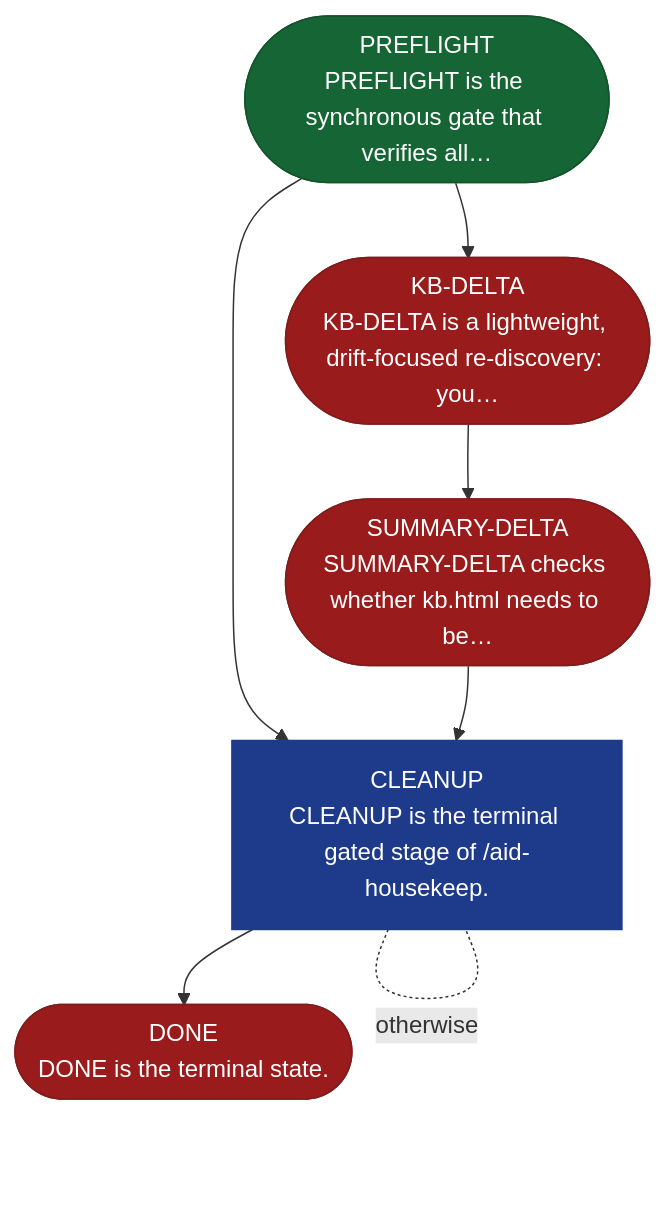
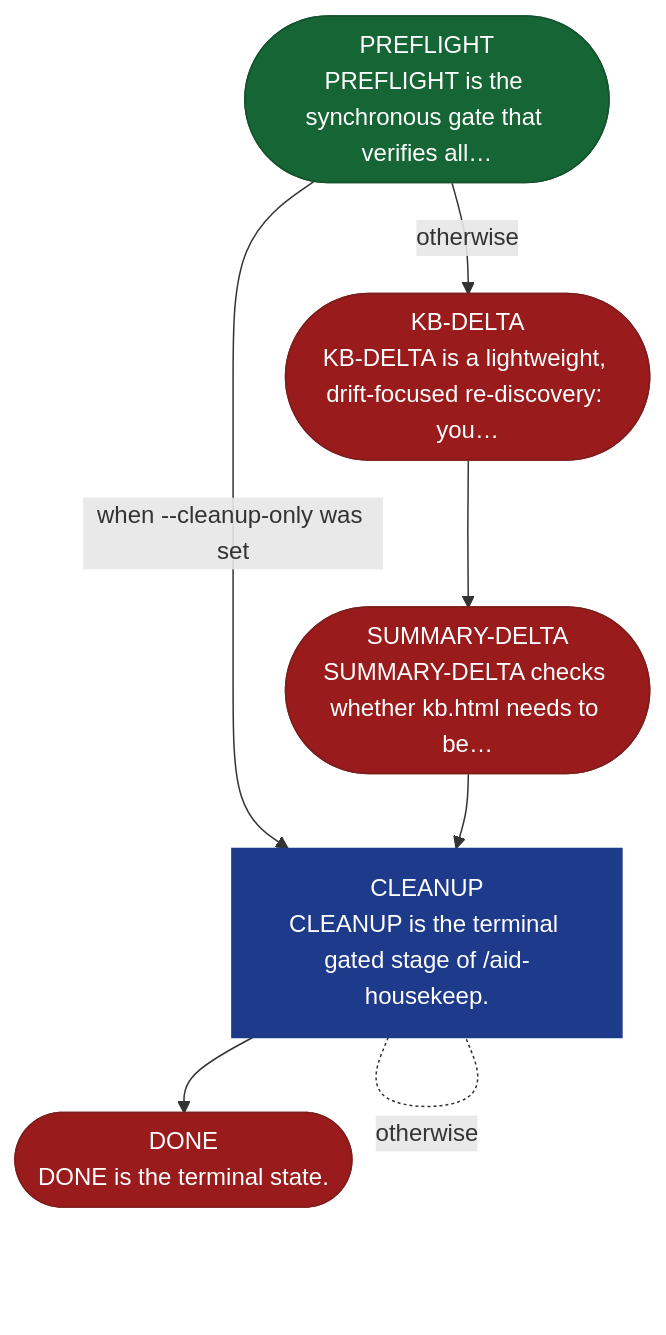
One commit to AndreVianna/aid-methodology changed the diagram in site/src/content/docs/skills/aid-housekeep.md. Above: the diagram before and after it, drawn with Mermaid. The commit also changed other lines of this file and 251 other files, not shown here.

````diff
--- a/site/src/content/docs/skills/aid-housekeep.md
+++ b/site/src/content/docs/skills/aid-housekeep.md
@@ -20,30 +20,30 @@
 ```mermaid
 flowchart TB
   classDef aidNode color:#fff
   classDef aidEntry fill:#166534,stroke:#14532d,color:#fff
   classDef aidExit fill:#991b1b,stroke:#7f1d1d,color:#fff
   classDef aidDecision fill:#92400e,stroke:#78350f,color:#fff
   classDef aidLoopBack fill:#1e3a8a,stroke:#1e3a8a,color:#fff
   classDef aidStep fill:#1a2035,stroke:#d4a853,color:#f1f5f9
   n1(["PREFLIGHT<br/>PREFLIGHT is the synchronous gate that verifies all…"])
   n2(["KB-DELTA<br/>KB-DELTA is a lightweight, drift-focused re-discovery: you…"])
   n3(["SUMMARY-DELTA<br/>SUMMARY-DELTA checks whether kb.html needs to be…"])
   n4["CLEANUP<br/>CLEANUP is the terminal gated stage of /aid-housekeep."]
   n5(["DONE<br/>DONE is the terminal state."])
-  n1 --> n2
-  n1 --> n4
+  n1 -->|"otherwise"| n2
+  n1 -->|"when --cleanup-only was set"| n4
   n2 --> n3
   n3 --> n4
   n4 -. "otherwise" .- n4
   n4 --> n5
   class n1 aidEntry
   class n2 aidExit
   class n3 aidExit
   class n4 aidLoopBack
   class n5 aidExit
   class n1 aidNode
   class n2 aidNode
   class n3 aidNode
   class n4 aidNode
   class n5 aidNode
 ```
````
